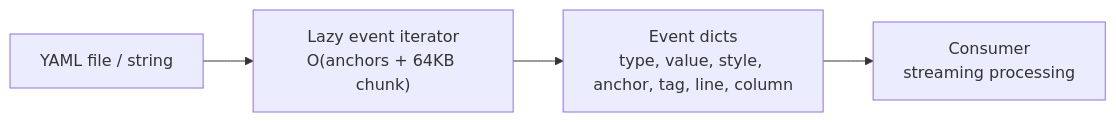
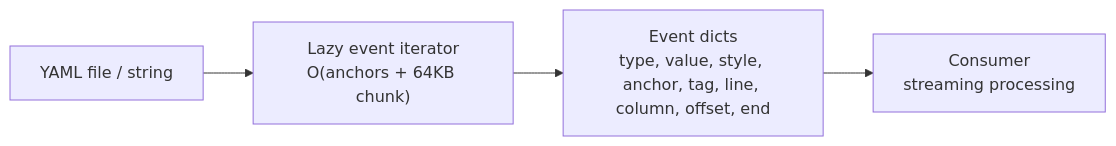
Before and after one commit to 759401524/pyrs-yaml: the diagram in docs/en/guides/streaming.md, drawn with Mermaid. The commit also changed other lines of this file and 19 other files, not shown here.

````diff
--- a/docs/en/guides/streaming.md
+++ b/docs/en/guides/streaming.md
@@ -29,6 +29,6 @@
 ```mermaid title="Streaming parse architecture"
 graph LR
     A["YAML file / string"] --> B["Lazy event iterator<br/>O(anchors + 64KB chunk)"]
-    B --> C["Event dicts<br/>type, value, style, anchor, tag, line, column"]
+    B --> C["Event dicts<br/>type, value, style, anchor, tag, line, column, offset, end"]
     C --> D["Consumer<br/>streaming processing"]
 ```
````
